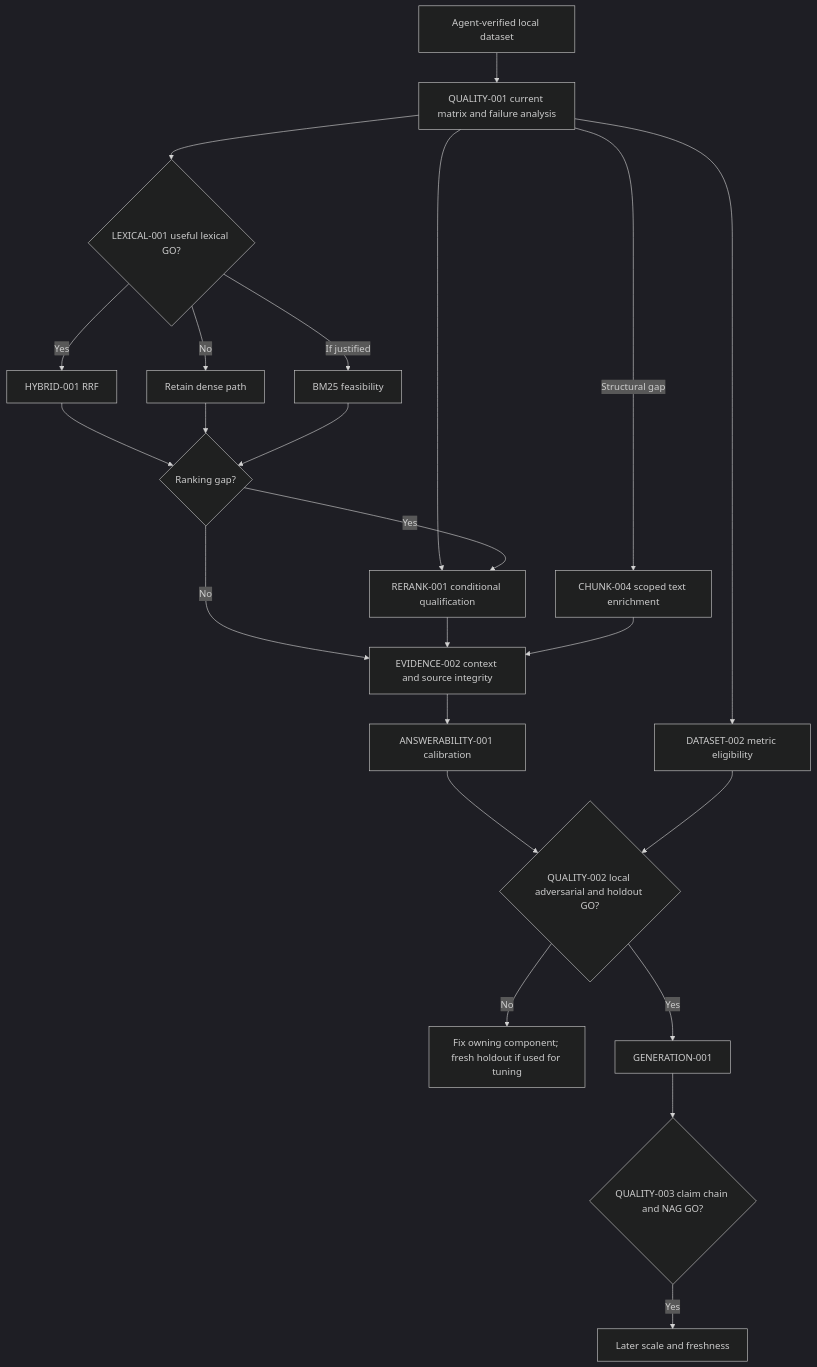
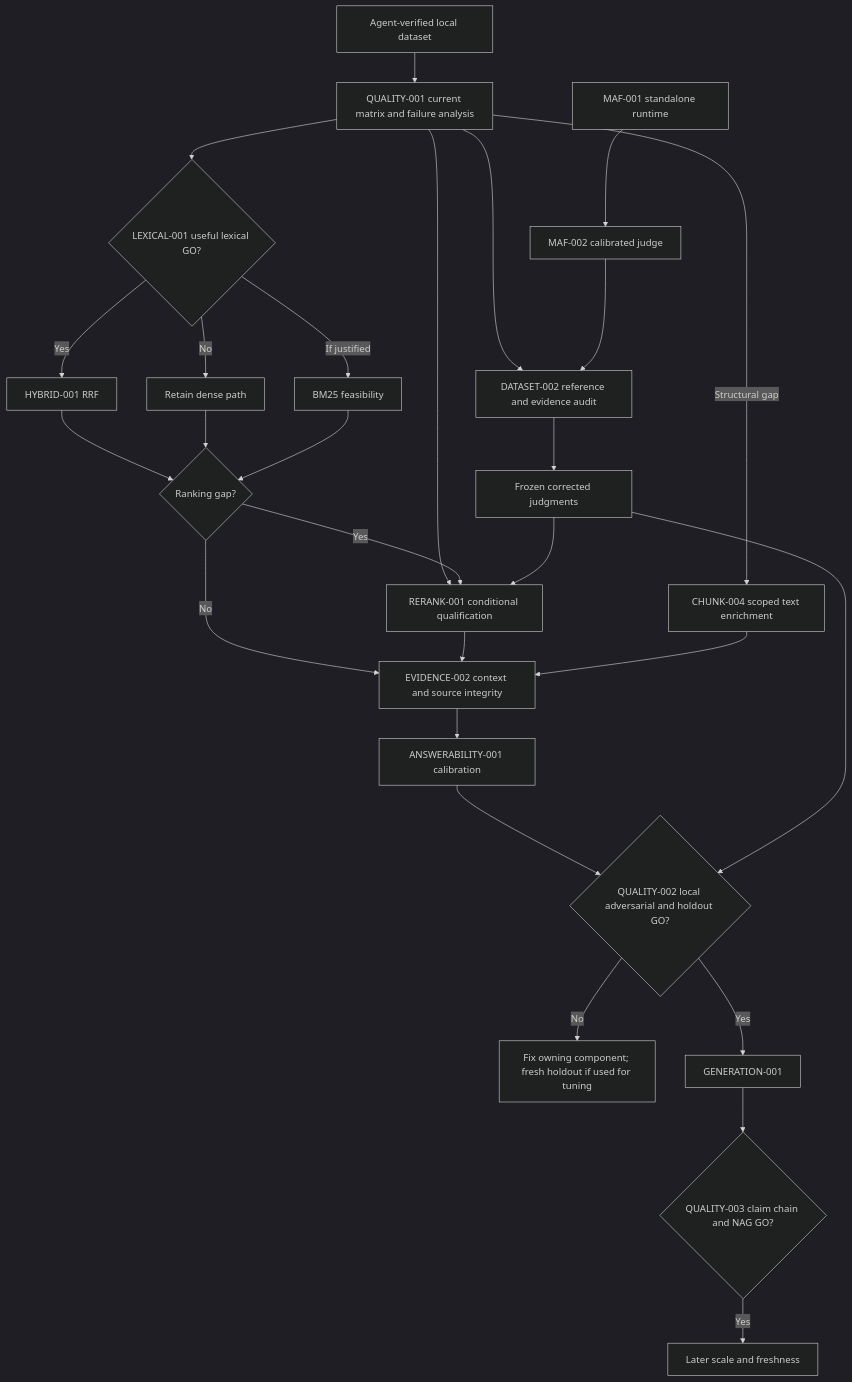
One commit to VibeInAMajor/rag-experiment changed the diagram in tasks/quality/IMPLEMENTATION_ORDER.md. Above: the diagram before and after it, drawn with Mermaid (dark theme). The commit also changed other lines of this file, not shown here.

Commit message:
docs: record independent MAF module boundary and execution order

````diff
--- a/tasks/quality/IMPLEMENTATION_ORDER.md
+++ b/tasks/quality/IMPLEMENTATION_ORDER.md
@@ -49,25 +59,29 @@
 ```mermaid
 flowchart TD
     data[Agent-verified local dataset] --> baseline[QUALITY-001 current matrix and failure analysis]
     baseline --> lexical{LEXICAL-001 useful lexical GO?}
-    baseline --> judgments[DATASET-002 metric eligibility]
+    baseline --> audit[DATASET-002 reference and evidence audit]
+    maf[MAF-001 standalone runtime] --> judge[MAF-002 calibrated judge]
+    judge --> audit
+    audit --> judgments[Frozen corrected judgments]
     baseline --> rr[RERANK-001 dense-only qualification]
     lexical -->|Yes| hybrid[HYBRID-001 RRF]
     lexical -->|No| dense[Retain dense path]
     lexical -->|If justified| bm[BM25 feasibility]
     hybrid --> ranking{Ranking gap?}
     dense --> ranking
     bm --> ranking
     ranking -->|Yes| rr[RERANK-001 conditional qualification]
     baseline -->|Structural gap| chunk[CHUNK-004 scoped text enrichment]
     ranking -->|No| context[EVIDENCE-002 context and source integrity]
     rr --> context
     chunk --> context
     context --> abstain[ANSWERABILITY-001 calibration]
     abstain --> gate{QUALITY-002 local adversarial and holdout GO?}
     judgments --> gate
+    judgments --> rr
     gate -->|No| fix[Fix owning component; fresh holdout if used for tuning]
     gate -->|Yes| generation[GENERATION-001]
     generation --> answers{QUALITY-003 claim chain and NAG GO?}
     answers -->|Yes| scale[Later scale and freshness]
 ```
````
